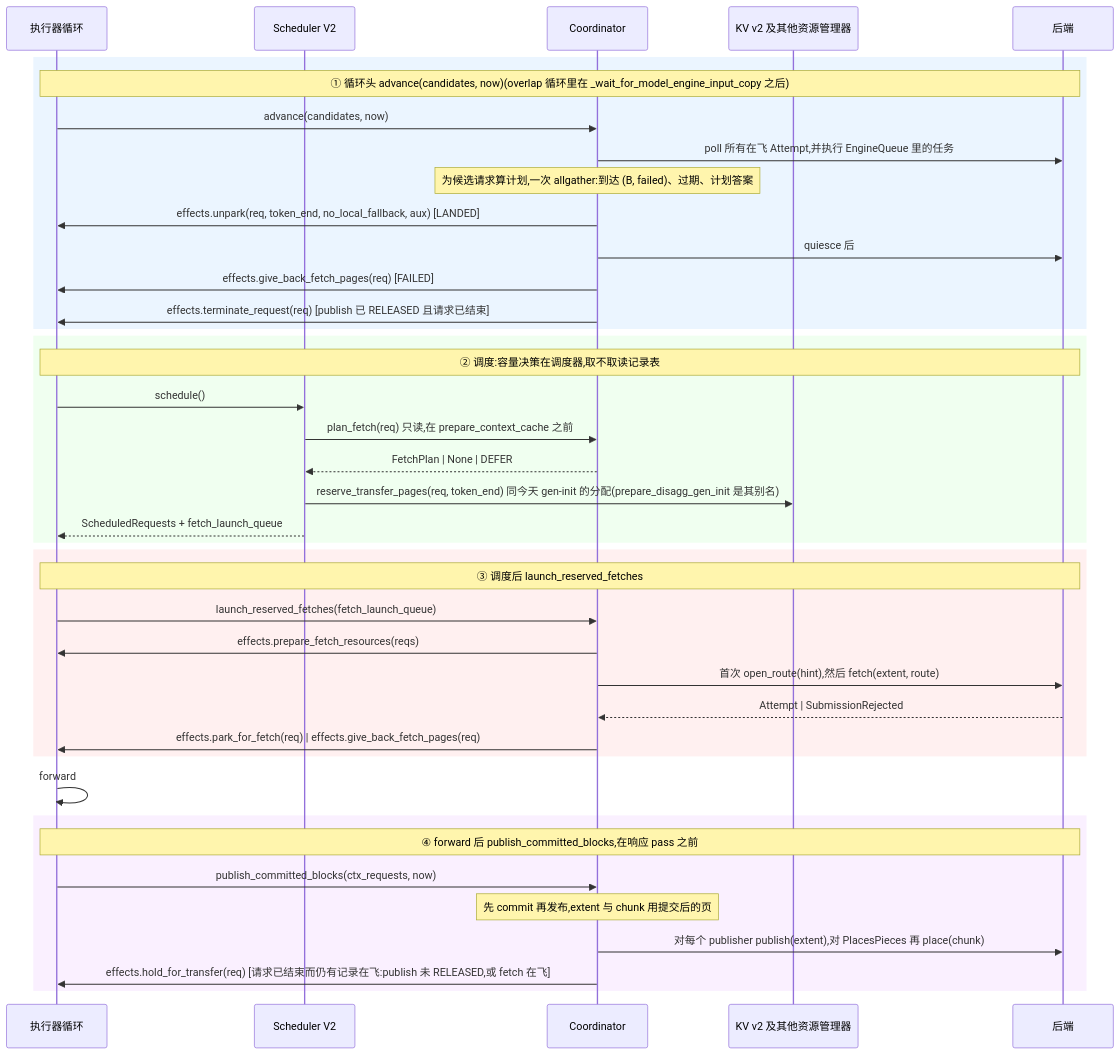
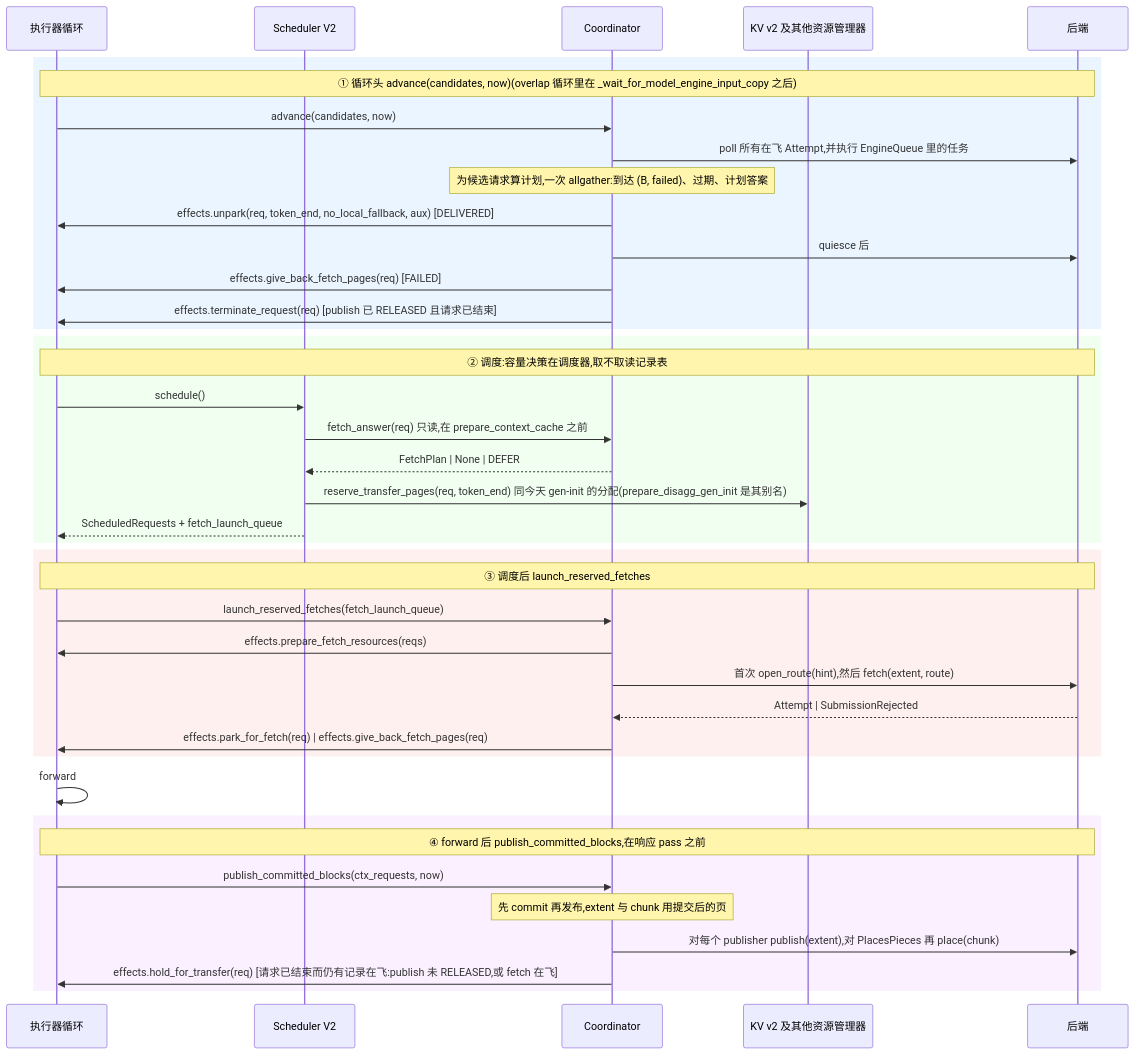
Before and after one commit to chuangz0/TensorRT-LLM: the third of 6 diagrams in docs/shared/KV_TRANSFER_COORDINATOR_DESIGN.zh.md, drawn with Mermaid. The commit also changed other lines of this file and 55 other files, not shown here.

````diff
--- a/docs/shared/KV_TRANSFER_COORDINATOR_DESIGN.zh.md
+++ b/docs/shared/KV_TRANSFER_COORDINATOR_DESIGN.zh.md
@@ -172,47 +174,47 @@
 ```mermaid
 sequenceDiagram
     participant L as 执行器循环
     participant S as Scheduler V2
     participant C as Coordinator
     participant KV as KV v2 及其他资源管理器
     participant BE as 后端
 
     rect rgb(235, 245, 255)
     Note over L,BE: ① 循环头 advance(candidates, now)(overlap 循环里在 _wait_for_model_engine_input_copy 之后)
     L->>C: advance(candidates, now)
     C->>BE: poll 所有在飞 Attempt,并执行 EngineQueue 里的任务
     Note over C: 为候选请求算计划,一次 allgather:到达 (B, failed)、过期、计划答案
-    C->>L: effects.unpark(req, token_end, no_local_fallback, aux)  [LANDED]
+    C->>L: effects.unpark(req, token_end, no_local_fallback, aux)  [DELIVERED]
     C->>BE: quiesce 后
     C->>L: effects.give_back_fetch_pages(req)  [FAILED]
     C->>L: effects.terminate_request(req)  [publish 已 RELEASED 且请求已结束]
     end
 
     rect rgb(240, 255, 240)
     Note over L,BE: ② 调度:容量决策在调度器,取不取读记录表
     L->>S: schedule()
-    S->>C: plan_fetch(req)  只读,在 prepare_context_cache 之前
+    S->>C: fetch_answer(req)  只读,在 prepare_context_cache 之前
     C-->>S: FetchPlan | None | DEFER
     S->>KV: reserve_transfer_pages(req, token_end)  同今天 gen-init 的分配(prepare_disagg_gen_init 是其别名)
     S-->>L: ScheduledRequests + fetch_launch_queue
     end
 
     rect rgb(255, 240, 240)
     Note over L,BE: ③ 调度后 launch_reserved_fetches
     L->>C: launch_reserved_fetches(fetch_launch_queue)
     C->>L: effects.prepare_fetch_resources(reqs)
     C->>BE: 首次 open_route(hint),然后 fetch(extent, route)
     BE-->>C: Attempt | SubmissionRejected
     C->>L: effects.park_for_fetch(req) | effects.give_back_fetch_pages(req)
     end
 
     L->>L: forward
 
     rect rgb(250, 240, 255)
     Note over L,BE: ④ forward 后 publish_committed_blocks,在响应 pass 之前
     L->>C: publish_committed_blocks(ctx_requests, now)
     Note over C: 先 commit 再发布,extent 与 chunk 用提交后的页
     C->>BE: 对每个 publisher publish(extent),对 PlacesPieces 再 place(chunk)
     C->>L: effects.hold_for_transfer(req)  [请求已结束而仍有记录在飞:publish 未 RELEASED,或 fetch 在飞]
     end
 ```
````
